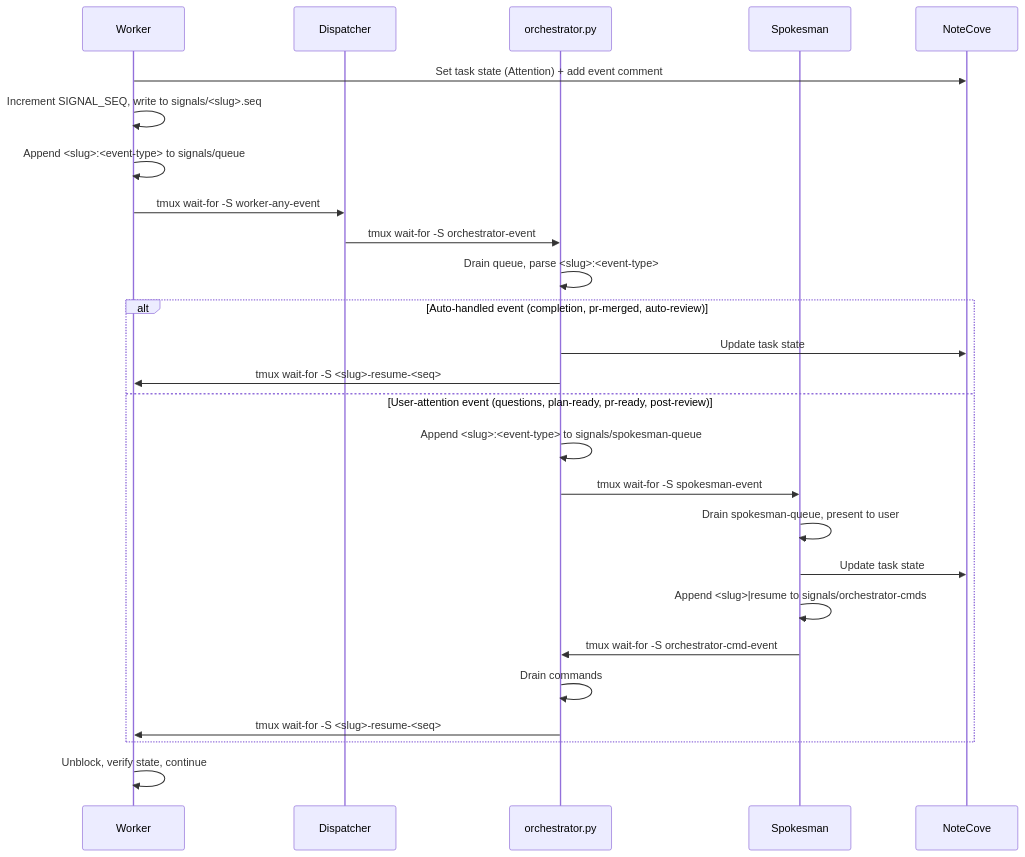
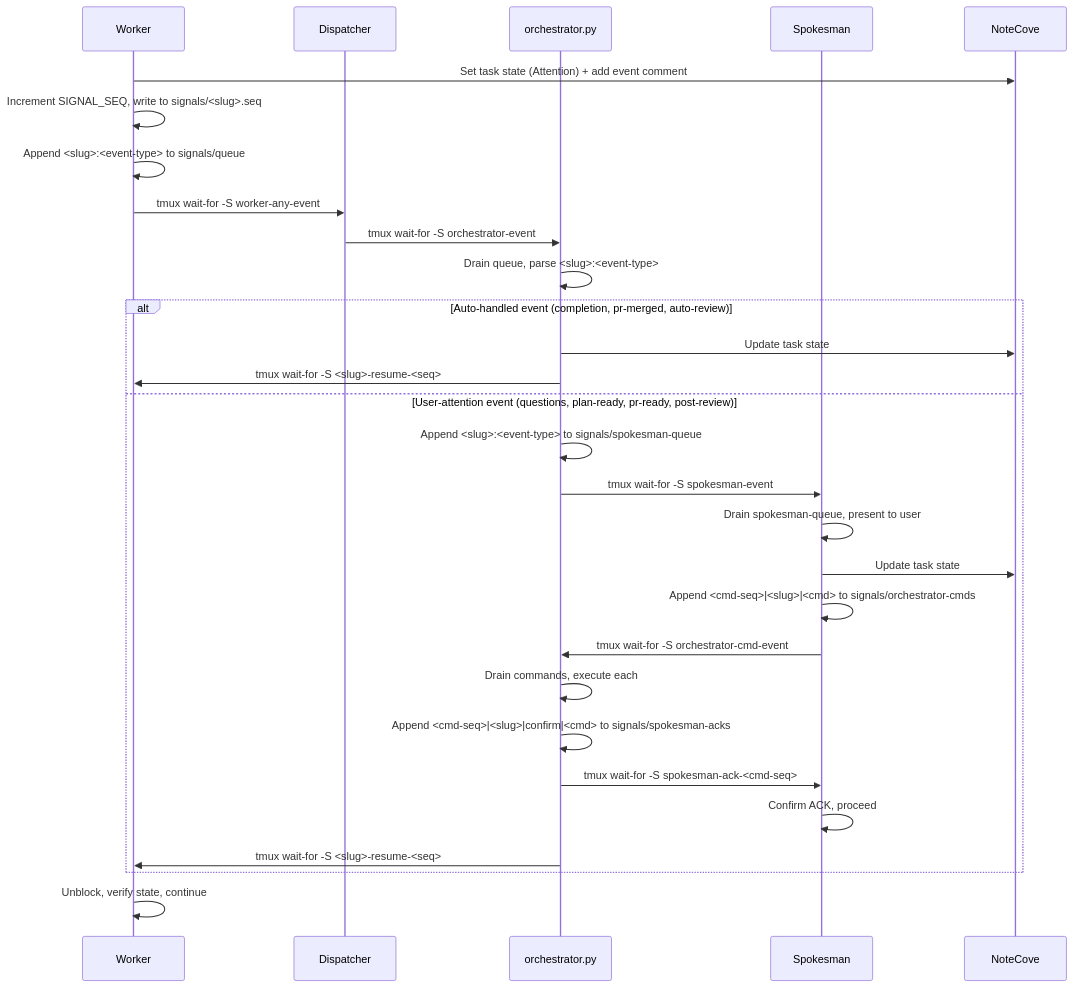
Before and after one commit to gara2000/agentmesh: the third of 13 diagrams in docs/agentic-workflow.md, drawn with Mermaid. The commit also changed other lines of this file and 4 other files, not shown here.

First line of the commit message:
feat(orchestrator): add typed command+ACK protocol [WORK-b9s]

````diff
--- a/docs/agentic-workflow.md
+++ b/docs/agentic-workflow.md
@@ -95,31 +95,34 @@
 ```mermaid
 sequenceDiagram
     participant W as Worker
     participant D as Dispatcher
     participant OP as orchestrator.py
     participant SP as Spokesman
     participant NC as NoteCove
 
     W->>NC: Set task state (Attention) + add event comment
     W->>W: Increment SIGNAL_SEQ, write to signals/<slug>.seq
     W->>W: Append <slug>:<event-type> to signals/queue
     W->>D: tmux wait-for -S worker-any-event
     D->>OP: tmux wait-for -S orchestrator-event
     OP->>OP: Drain queue, parse <slug>:<event-type>
 
     alt Auto-handled event (completion, pr-merged, auto-review)
         OP->>NC: Update task state
         OP->>W: tmux wait-for -S <slug>-resume-<seq>
     else User-attention event (questions, plan-ready, pr-ready, post-review)
         OP->>OP: Append <slug>:<event-type> to signals/spokesman-queue
         OP->>SP: tmux wait-for -S spokesman-event
         SP->>SP: Drain spokesman-queue, present to user
         SP->>NC: Update task state
-        SP->>SP: Append <slug>|resume to signals/orchestrator-cmds
+        SP->>SP: Append <cmd-seq>|<slug>|<cmd> to signals/orchestrator-cmds
         SP->>OP: tmux wait-for -S orchestrator-cmd-event
-        OP->>OP: Drain commands
+        OP->>OP: Drain commands, execute each
+        OP->>OP: Append <cmd-seq>|<slug>|confirm|<cmd> to signals/spokesman-acks
+        OP->>SP: tmux wait-for -S spokesman-ack-<cmd-seq>
+        SP->>SP: Confirm ACK, proceed
         OP->>W: tmux wait-for -S <slug>-resume-<seq>
     end
 
     W->>W: Unblock, verify state, continue
 ```
````
